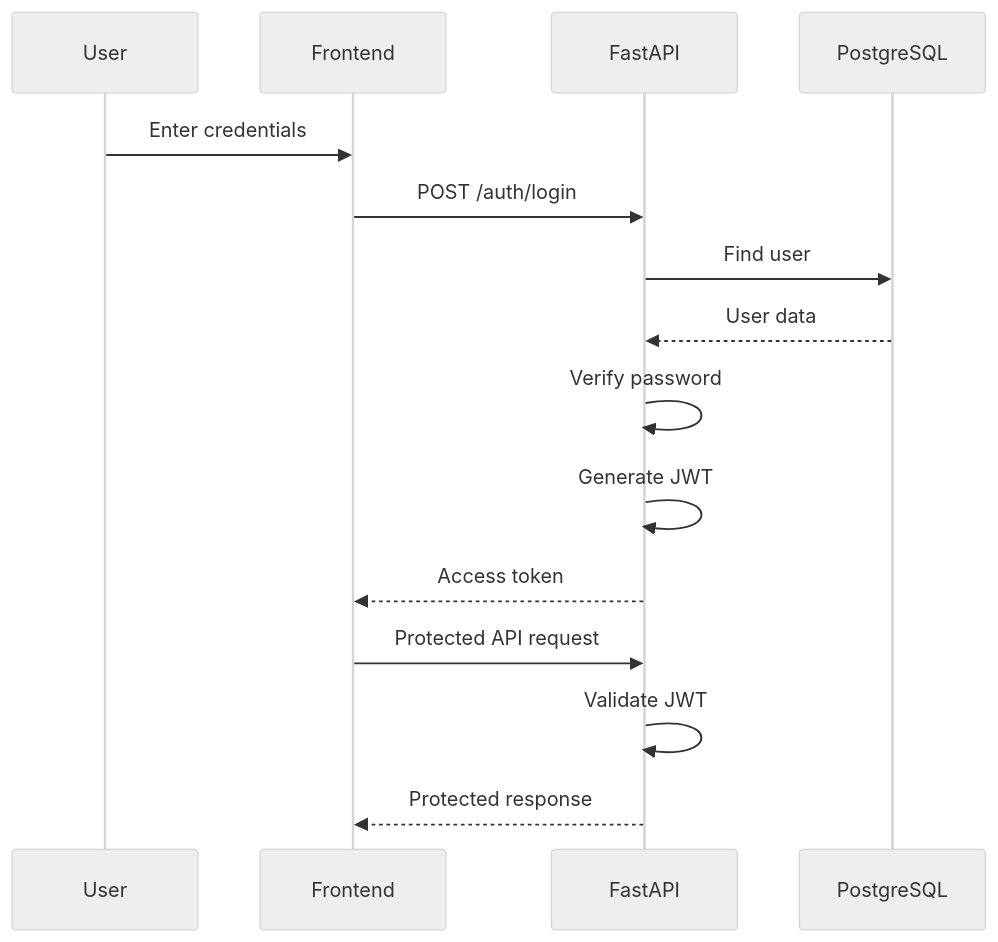
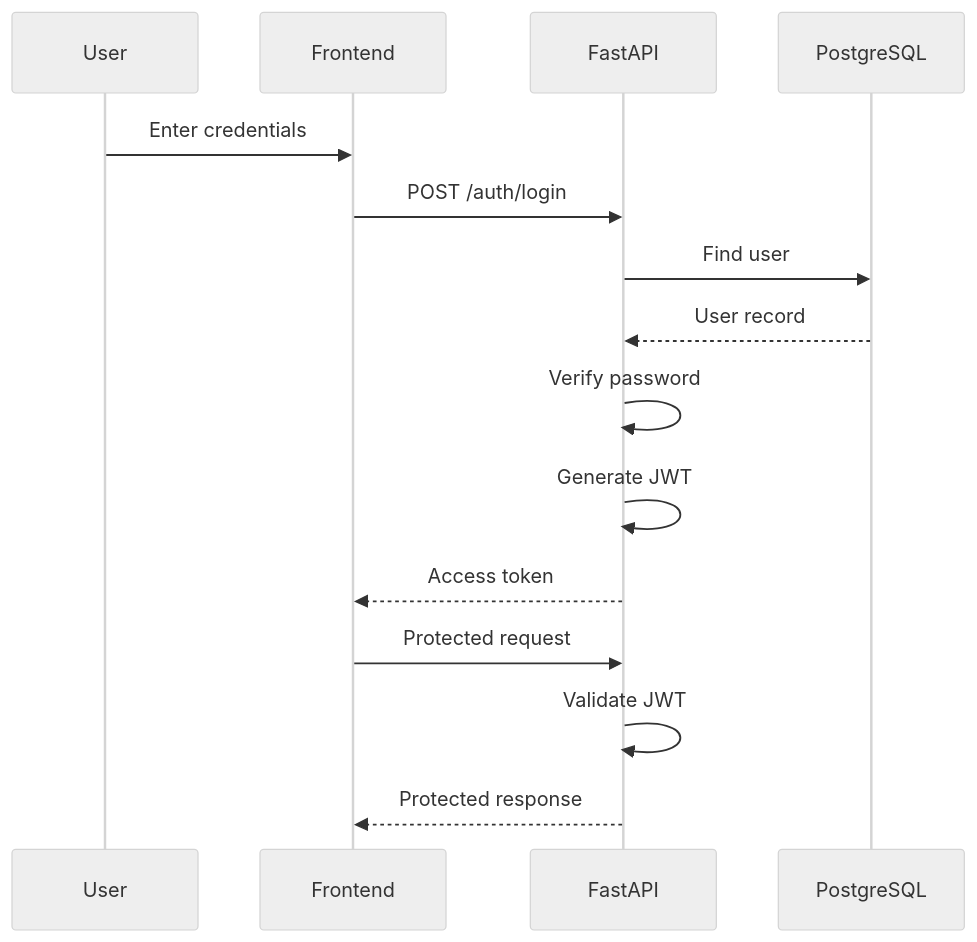
The third of 5 diagrams in README.md (sapna71/RePlate), drawn with Mermaid (neutral theme) before and after one commit. The commit also changed other lines of this file, not shown here.

````diff
--- a/README.md
+++ b/README.md
@@ -327,18 +238,19 @@
 ```mermaid
 sequenceDiagram
-    participant U as User
-    participant F as Frontend
-    participant A as FastAPI
+    participant User
+    participant Frontend
+    participant API as FastAPI
     participant DB as PostgreSQL
 
-    U->>F: Enter credentials
-    F->>A: POST /auth/login
-    A->>DB: Find user
-    DB-->>A: User data
-    A->>A: Verify password
-    A->>A: Generate JWT
-    A-->>F: Access token
-    F->>A: Protected API request
-    A->>A: Validate JWT
-    A-->>F: Protected response
+    User->>Frontend: Enter credentials
+    Frontend->>API: POST /auth/login
+    API->>DB: Find user
+    DB-->>API: User record
+    API->>API: Verify password
+    API->>API: Generate JWT
+    API-->>Frontend: Access token
+
+    Frontend->>API: Protected request
+    API->>API: Validate JWT
+    API-->>Frontend: Protected response
 ```
````
